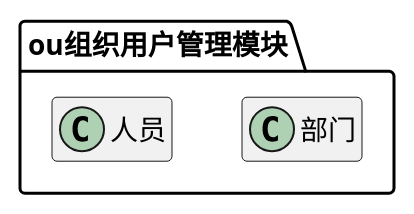
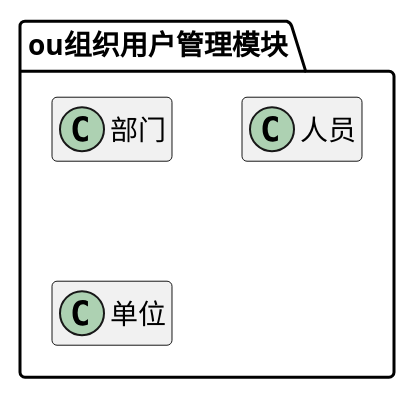
The sixth of 6 diagrams in ibizpms-docs/src/main/doc/v1/module/module_index.md (zj335841911/nt_chandao), drawn with PlantUML before and after one commit. The commit also changed 24 other files, not shown here.

```diff
--- a/ibizpms-docs/src/main/doc/v1/module/module_index.md
+++ b/ibizpms-docs/src/main/doc/v1/module/module_index.md
@@ -785,17 +785,20 @@
 {% plantuml %}
 
 package ou组织用户管理模块 {
 
 class 部门 {
 }
 
 class 人员 {
 }
 
+class 单位 {
+}
+
 
 
 }
 
 hide members
 
 {% endplantuml %}
```
